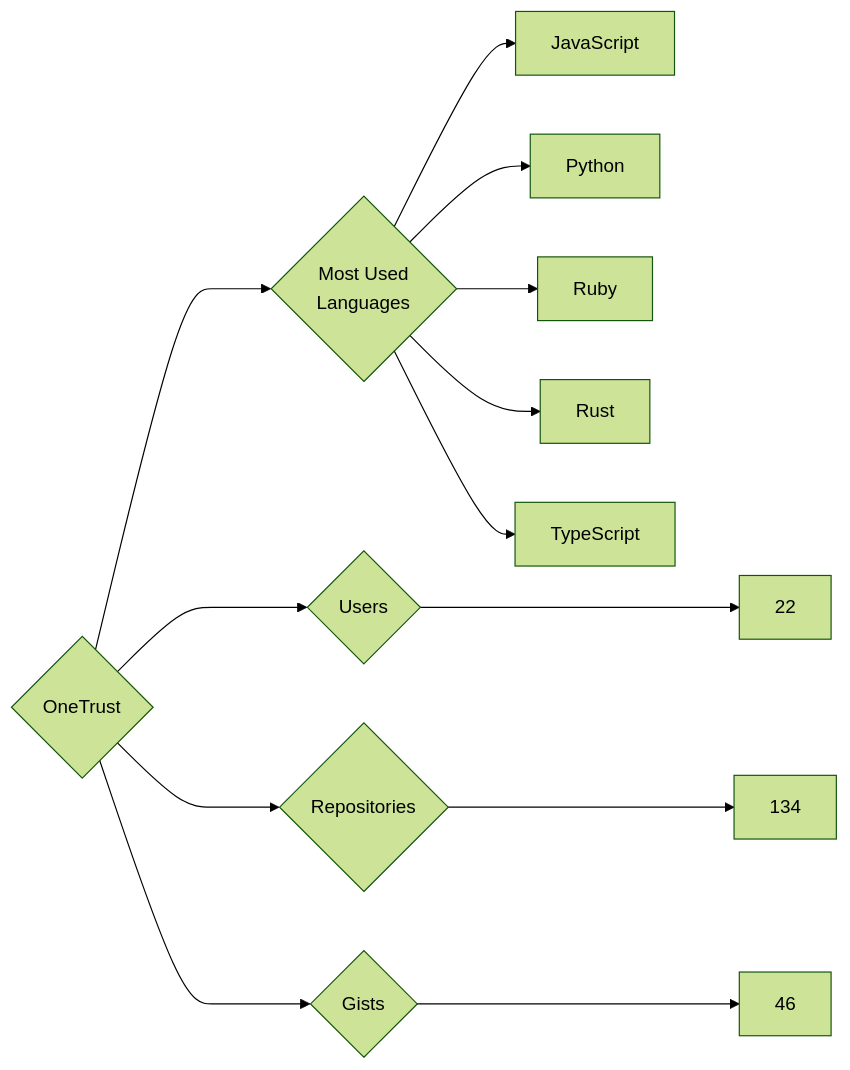
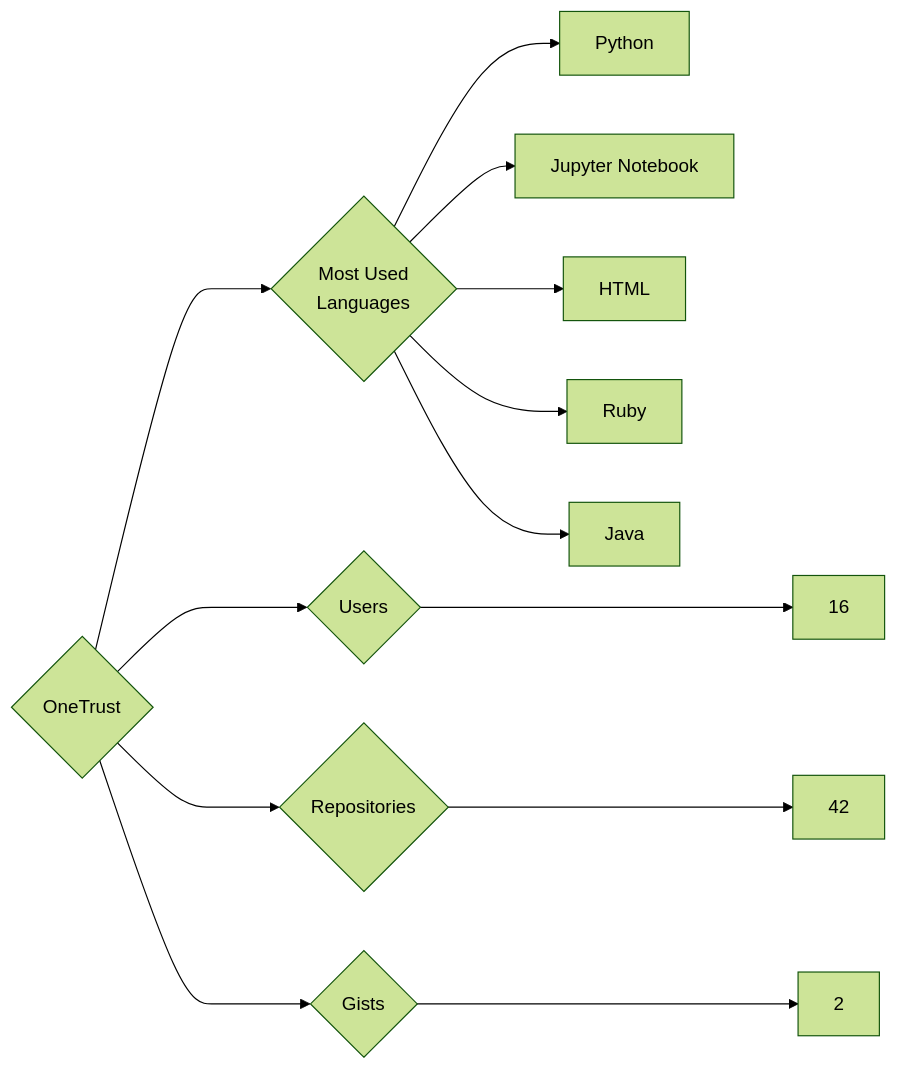
One commit to trickest/insiders changed the diagram in targets/OneTrust/README.md. Above: the diagram before and after it, drawn with Mermaid (forest theme). The commit also changed 878 other files, not shown here.

````diff
--- a/targets/OneTrust/README.md
+++ b/targets/OneTrust/README.md
@@ -3,13 +3,13 @@
 ```mermaid
 graph LR
 COMPANY_NAME{OneTrust}
-COMPANY_NAME ---> U{Users} ---> UN[22]
-COMPANY_NAME ---> R{Repositories} ---> RN[134]
-COMPANY_NAME ---> G{Gists} ---> GN[46]
+COMPANY_NAME ---> U{Users} ---> UN[16]
+COMPANY_NAME ---> R{Repositories} ---> RN[42]
+COMPANY_NAME ---> G{Gists} ---> GN[2]
 COMPANY_NAME ---> ML{Most Used<br>Languages}
-ML --> JavaScript[JavaScript]
 ML --> Python[Python]
+ML --> Jupyter_Notebook[Jupyter Notebook]
+ML --> HTML[HTML]
 ML --> Ruby[Ruby]
-ML --> Rust[Rust]
-ML --> TypeScript[TypeScript]
+ML --> Java[Java]
 ```
````
